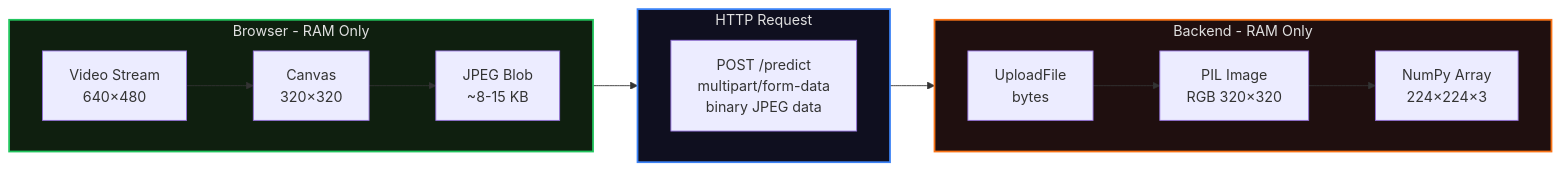
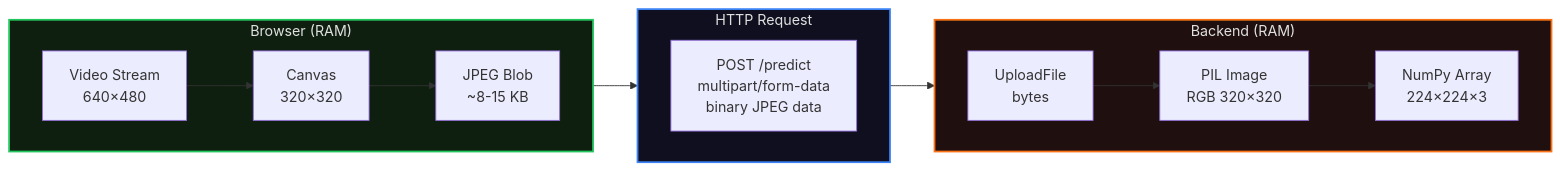
One commit to ColtAkash/facemask-detection changed the diagram in architecture/memory_storage.md. Above: the diagram before and after it, drawn with Mermaid. The commit also changed other lines of this file, not shown here.

Commit message:
fix: clarify memory storage flow diagram and remove redundant notes

````diff
--- a/architecture/memory_storage.md
+++ b/architecture/memory_storage.md
@@ -5,23 +4,22 @@
 ```mermaid
 flowchart LR
-    subgraph Browser["Browser - RAM Only"]
+    subgraph Browser["Browser (RAM)"]
         direction LR
         V["Video Stream<br/>640×480"] --> C["Canvas<br/>320×320"] --> B["JPEG Blob<br/>~8-15 KB"]
     end
 
     subgraph Network["HTTP Request"]
         direction LR
         R["POST /predict<br/>multipart/form-data<br/>binary JPEG data"]
     end
 
-    subgraph Backend["Backend - RAM Only"]
+    subgraph Backend["Backend (RAM)"]
         direction LR
         U["UploadFile<br/>bytes"] --> P["PIL Image<br/>RGB 320×320"] --> N["NumPy Array<br/>224×224×3"]
     end
 
-    B --> R --> U
-
+    Browser --> Network --> Backend 
     style Browser fill:#0f1f0f,stroke:#22c55e,stroke-width:2px,color:#e0e0e0
     style Network fill:#0f0f1f,stroke:#3b82f6,stroke-width:2px,color:#e0e0e0
     style Backend fill:#1f0f0f,stroke:#f97316,stroke-width:2px,color:#e0e0e0
 ```
````
